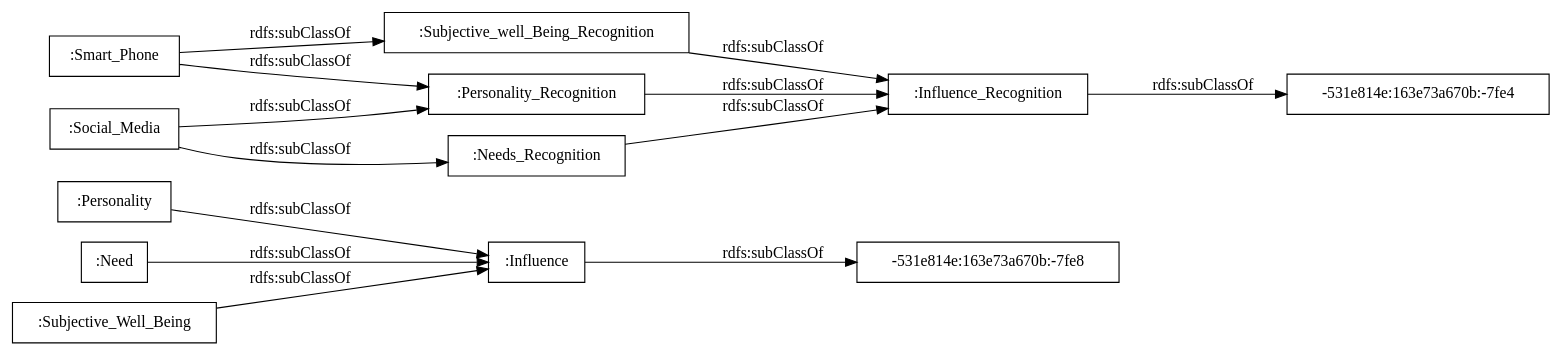
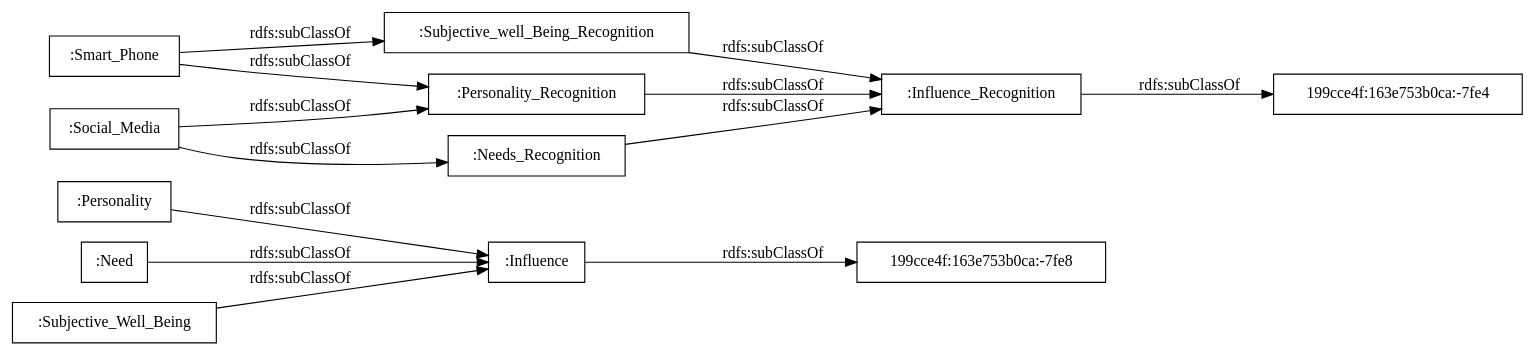
Before and after one commit to rana-othman/HASIO-Modularization: the diagram in OnToology/Influence_Recognition_Module.owl/diagrams/ar2dtool-taxonomy/Influence_Recognition_Module.owl.png.dot, drawn with Graphviz. The commit also changed 9 other files, not shown here.

```diff
--- a/OnToology/Influence_Recognition_Module.owl/diagrams/ar2dtool-taxonomy/Influence_Recognition_Module.owl.png.dot
+++ b/OnToology/Influence_Recognition_Module.owl/diagrams/ar2dtool-taxonomy/Influence_Recognition_Module.owl.png.dot
@@ -1,18 +1,18 @@
 digraph ar2dtool_diagram { 
 rankdir=LR;
 size="1000"
-node [shape = rectangle, color="black"]; "-531e814e:163e73a670b:-7fe8" ":Personality" ":Need" ":Needs_Recognition" ":Subjective_Well_Being" "-531e814e:163e73a670b:-7fe4" ":Subjective_well_Being_Recognition" ":Personality_Recognition" ":Influence" ":Smart_Phone" ":Social_Media" ":Influence_Recognition" ; /*classes style*/
-	":Influence" -> "-531e814e:163e73a670b:-7fe8" [ label = "rdfs:subClassOf" ];
+node [shape = rectangle, color="black"]; ":Personality" ":Need" ":Needs_Recognition" ":Subjective_Well_Being" "199cce4f:163e753b0ca:-7fe4" ":Subjective_well_Being_Recognition" "199cce4f:163e753b0ca:-7fe8" ":Personality_Recognition" ":Influence" ":Smart_Phone" ":Social_Media" ":Influence_Recognition" ; /*classes style*/
+	":Influence" -> "199cce4f:163e753b0ca:-7fe8" [ label = "rdfs:subClassOf" ];
 	":Subjective_well_Being_Recognition" -> ":Influence_Recognition" [ label = "rdfs:subClassOf" ];
 	":Subjective_Well_Being" -> ":Influence" [ label = "rdfs:subClassOf" ];
 	":Need" -> ":Influence" [ label = "rdfs:subClassOf" ];
 	":Needs_Recognition" -> ":Influence_Recognition" [ label = "rdfs:subClassOf" ];
 	":Social_Media" -> ":Personality_Recognition" [ label = "rdfs:subClassOf" ];
 	":Social_Media" -> ":Needs_Recognition" [ label = "rdfs:subClassOf" ];
 	":Personality_Recognition" -> ":Influence_Recognition" [ label = "rdfs:subClassOf" ];
 	":Personality" -> ":Influence" [ label = "rdfs:subClassOf" ];
-	":Influence_Recognition" -> "-531e814e:163e73a670b:-7fe4" [ label = "rdfs:subClassOf" ];
+	":Influence_Recognition" -> "199cce4f:163e753b0ca:-7fe4" [ label = "rdfs:subClassOf" ];
 	":Smart_Phone" -> ":Subjective_well_Being_Recognition" [ label = "rdfs:subClassOf" ];
 	":Smart_Phone" -> ":Personality_Recognition" [ label = "rdfs:subClassOf" ];
 
 }
```
